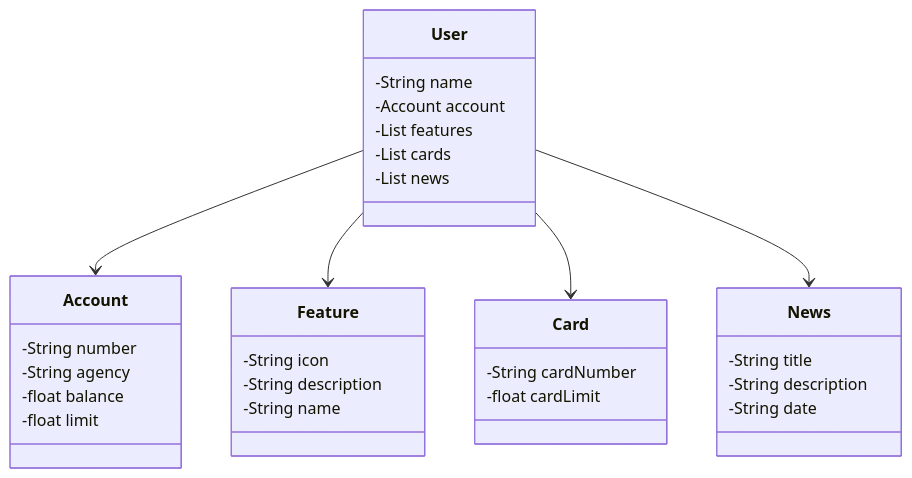
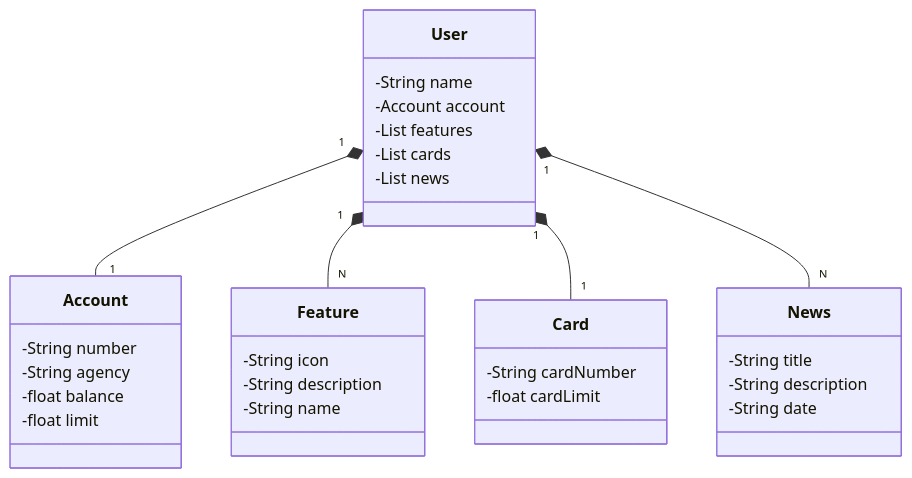
One commit to arturLMoretti/api-restfull-java changed the diagram in HELP.md. Above: the diagram before and after it, drawn with Mermaid.

````diff
--- a/HELP.md
+++ b/HELP.md
@@ -3,39 +3,39 @@
 ```mermaid
 classDiagram
     class User {
         -String name
         -Account account
         -List<Feature> features
         -List<Card> cards
         -List<News> news
     }
     
     class Account {
         -String number
         -String agency
         -float balance
         -float limit
     }
     
     class Feature {
         -String icon
         -String description
         -String name
     }
     
     class Card {
         -String cardNumber
         -float cardLimit
     }
     
     class News {
         -String title
         -String description
         -String date
     }
 
-    User --> Account
-    User --> Feature
-    User --> Card
-    User --> News
+    User "1" *-- "1" Account
+    User "1" *-- "N" Feature
+    User "1" *-- "1" Card
+    User "1" *-- "N" News
 ```
````
